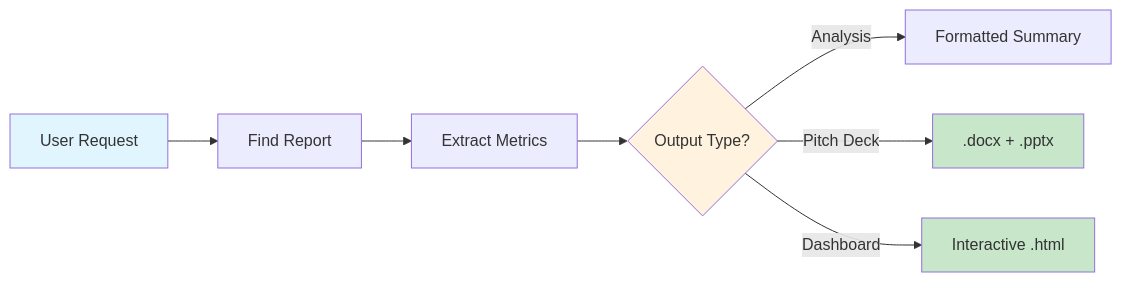
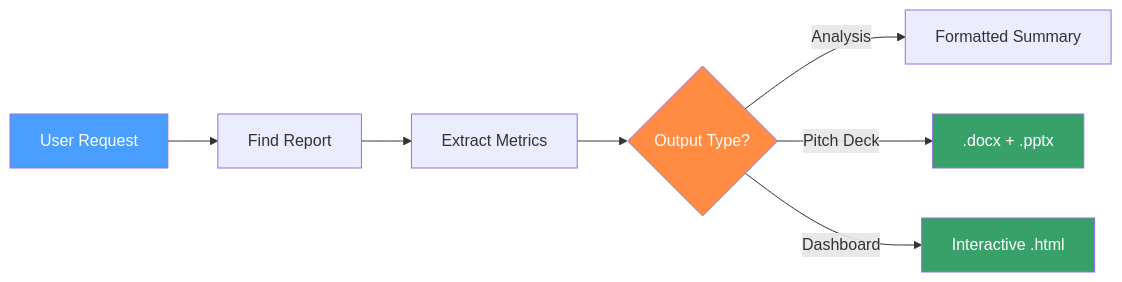
Before and after one commit to sKumaraguru/apptio-bobathon-2026-finbob-mcp-server: the fifth of 6 diagrams in README.md, drawn with Mermaid. The commit also changed other lines of this file, not shown here.

Commit message:
docs: Update color scheme of the diagrams in README

````diff
--- a/README.md
+++ b/README.md
@@ -205,14 +205,14 @@
 ```mermaid
 flowchart LR
     A[User Request] --> B[Find Report]
     B --> C[Extract Metrics]
     C --> D{Output Type?}
     D -->|Analysis| E[Formatted Summary]
     D -->|Pitch Deck| F[.docx + .pptx]
     D -->|Dashboard| G[Interactive .html]
 
-    style A fill:#e1f5ff
-    style D fill:#fff3e0
-    style F fill:#c8e6c9
-    style G fill:#c8e6c9
+    style A fill:#4a9eff,color:#fff
+    style D fill:#ff8c42,color:#fff
+    style F fill:#38a169,color:#fff
+    style G fill:#38a169,color:#fff
 ```
````
